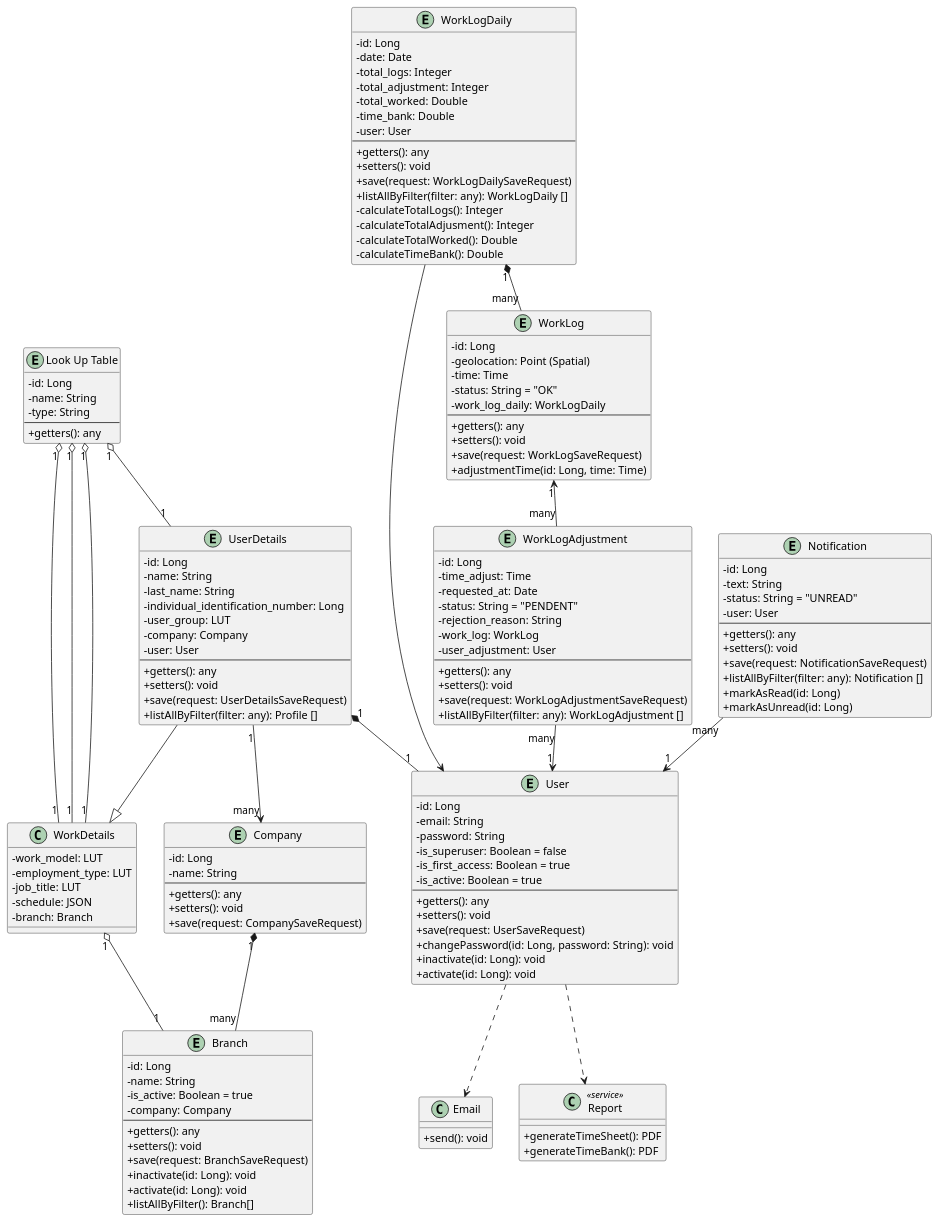
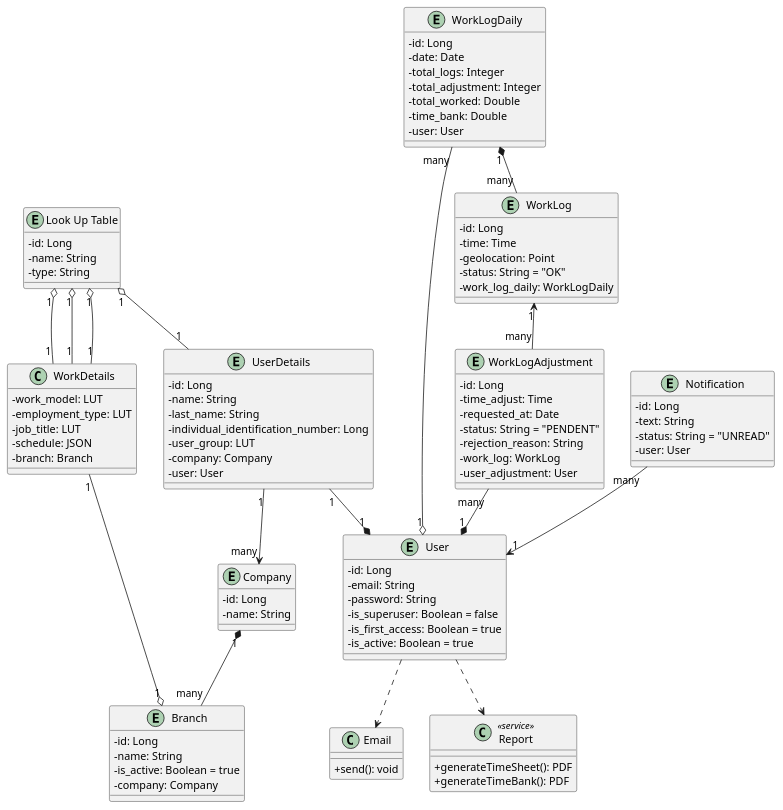
One commit to yamacinelli/toki changed the diagram in docs/diagrams/business.wsd. Above: the diagram before and after it, drawn with PlantUML.

Commit message:
docs(business-uml): adjuste relationships + remove methods

```diff
--- a/docs/diagrams/business.wsd
+++ b/docs/diagrams/business.wsd
@@ -1,191 +1,137 @@
-@startuml business
-
+@startuml
 skinparam classAttributeIconSize 0
 
 ' ===== LUT =====
 entity "Look Up Table" as LUT {
   - id: Long
   - name: String
   - type: String
-  --
-  + getters(): any
 }
 
 ' ===== Work Details =====
 class WorkDetails {
   - work_model: LUT
   - employment_type: LUT
   - job_title: LUT
   - schedule: JSON
   - branch: Branch
 }
 
 ' ===== Company =====
 entity Company {
   - id: Long
   - name: String
-  --
-  + getters(): any
-  + setters(): void
-  + save(request: CompanySaveRequest)
 }
 
 ' ===== Branch =====
 entity Branch {
   - id: Long
   - name: String
   - is_active: Boolean = true
   - company: Company
-  --
-  + getters(): any
-  + setters(): void
-  + save(request: BranchSaveRequest)
-  + inactivate(id: Long): void
-  + activate(id: Long): void
-  + listAllByFilter(): Branch[]
 }
 
 ' ===== User Details =====
 entity UserDetails {
   - id: Long
   - name: String
   - last_name: String
   - individual_identification_number: Long
   - user_group: LUT
   - company: Company
   - user: User
-  --
-  + getters(): any
-  + setters(): void
-  + save(request: UserDetailsSaveRequest)
-  + listAllByFilter(filter: any): Profile []
 }
 
 ' ===== User =====
 entity User {
   - id: Long
   - email: String
   - password: String
   - is_superuser: Boolean = false
   - is_first_access: Boolean = true
   - is_active: Boolean = true
-  --
-  + getters(): any
-  + setters(): void
-  + save(request: UserSaveRequest)
-  + changePassword(id: Long, password: String): void
-  + inactivate(id: Long): void
-  + activate(id: Long): void
 }
 
 ' ===== Work Log =====
 entity WorkLog {
   - id: Long
-  - geolocation: Point (Spatial)
   - time: Time
+  - geolocation: Point
   - status: String = "OK"
   - work_log_daily: WorkLogDaily
-  --
-  + getters(): any
-  + setters(): void
-  + save(request: WorkLogSaveRequest)
-  + adjustmentTime(id: Long, time: Time)
 }
 
 ' ===== Work Log Daily =====
 entity WorkLogDaily {
   - id: Long
   - date: Date
   - total_logs: Integer
   - total_adjustment: Integer
   - total_worked: Double
   - time_bank: Double
   - user: User
-  --
-  + getters(): any
-  + setters(): void
-  + save(request: WorkLogDailySaveRequest)
-  + listAllByFilter(filter: any): WorkLogDaily []
-  - calculateTotalLogs(): Integer
-  - calculateTotalAdjusment(): Integer
-  - calculateTotalWorked(): Double
-  - calculateTimeBank(): Double
 }
 
 ' ===== Work Log Adjustment =====
 entity WorkLogAdjustment {
   - id: Long
   - time_adjust: Time
   - requested_at: Date
   - status: String = "PENDENT"
   - rejection_reason: String
   - work_log: WorkLog
   - user_adjustment: User
-  --
-  + getters(): any
-  + setters(): void
-  + save(request: WorkLogAdjustmentSaveRequest)
-  + listAllByFilter(filter: any): WorkLogAdjustment []
 }
 
 ' ===== Notification =====
 entity Notification {
   - id: Long
   - text: String
   - status: String = "UNREAD"
   - user: User
-  --
-  + getters(): any
-  + setters(): void
-  + save(request: NotificationSaveRequest)
-  + listAllByFilter(filter: any): Notification []
-  + markAsRead(id: Long)
-  + markAsUnread(id: Long)
 }
 
 ' ===== Email Service =====
 class Email {
   + send(): void
 }
 
 ' ===== Report Service =====
 class Report <<service>> {
   + generateTimeSheet(): PDF
   + generateTimeBank(): PDF
 }
 
 ' ===== Relationships =====
 
 ' LookUpTable LUT
 LUT "1" o-- "1" WorkDetails
 LUT "1" o-- "1" WorkDetails
 LUT "1" o-- "1" WorkDetails
 LUT "1" o-- "1" UserDetails
 
 ' Company
 Company "1" *-- "many" Branch
 
 ' UserDetails
-UserDetails "1" *-- "1" User
+UserDetails "1" --* "1" User
 UserDetails "1" --> "many" Company
-UserDetails --|> WorkDetails
 
 ' User dependencies (dashed)
 User ..> Email
 User ..> Report
 
 ' Notification
 Notification "many" --> "1" User
 
 ' WorkDetails
-WorkDetails "1" o-- "1" Branch
+WorkDetails "1" --o "1" Branch
 
 ' WorkLogDaily
 WorkLogDaily "1" *-- "many" WorkLog
 WorkLog "1" <-- "many" WorkLogAdjustment
-WorkLogDaily --> User
+WorkLogDaily "many" --o "1" User
 
 ' WorkLogAdjustment
-WorkLogAdjustment "many" --> "1" User
-
+WorkLogAdjustment "many" --* "1" User
 @enduml
```
